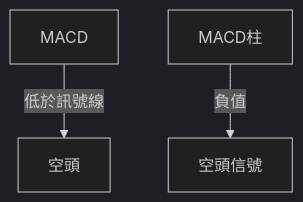
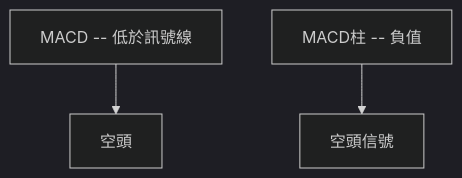
One commit to yennanliu/finance_data changed the seventh of 10 diagrams in ai_gen_report/stock/2330.tw/technical_analysis_2026-04-05_openai.md. Above: the diagram before and after it, drawn with Mermaid (dark theme). The commit also changed other lines of this file and 2258 other files, not shown here.

First line of the commit message:
chore: backfill Mermaid syntax repair across existing reports

````diff
--- a/ai_gen_report/stock/2330.tw/technical_analysis_2026-04-05_openai.md
+++ b/ai_gen_report/stock/2330.tw/technical_analysis_2026-04-05_openai.md
@@ -245,5 +245,5 @@
 ```mermaid
 graph TD
-    MACD -- 低於訊號線 --> 空頭
-    MACD柱 -- 負值 --> 空頭信號
+    nb1["MACD -- 低於訊號線"] --> 空頭
+    nb2["MACD柱 -- 負值"] --> 空頭信號
 ```
````
